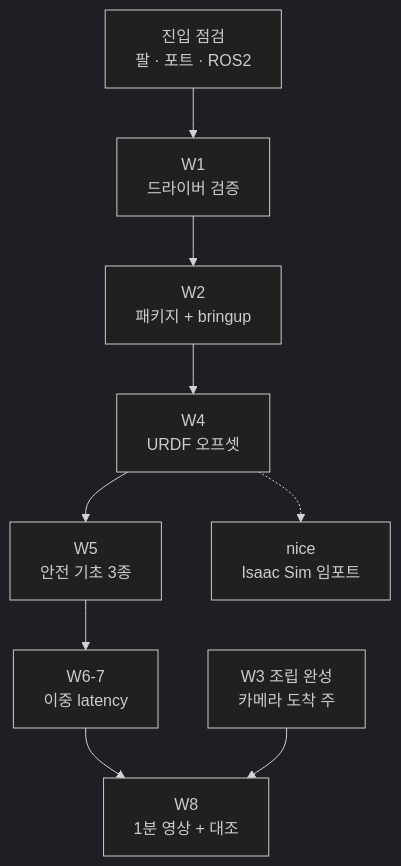
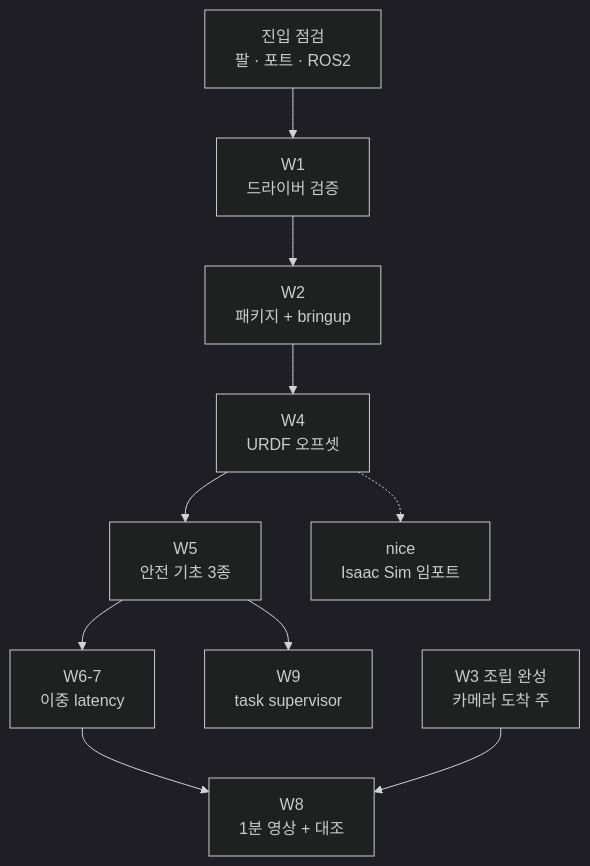
The diagram in Studies/Hardware-Arm/stage1/README.md (tylee-yeonge/physical-ai-study), drawn with Mermaid (dark theme) before and after one commit. The commit also changed other lines of this file and 10 other files, not shown here.

````diff
--- a/Studies/Hardware-Arm/stage1/README.md
+++ b/Studies/Hardware-Arm/stage1/README.md
@@ -58,11 +61,12 @@
 ```mermaid
 flowchart TD
     P["진입 점검<br/>팔 · 포트 · ROS2"] --> W1["W1<br/>드라이버 검증"]
     W1 --> W2["W2<br/>패키지 + bringup"]
     W2 --> W4["W4<br/>URDF 오프셋"]
     W4 --> W5["W5<br/>안전 기초 3종"]
     W5 --> W67["W6-7<br/>이중 latency"]
     W67 --> W8["W8<br/>1분 영상 + 대조"]
+    W5 --> W9["W9<br/>task supervisor"]
     W3["W3 조립 완성<br/>카메라 도착 주"] --> W8
     W4 -.-> N["nice<br/>Isaac Sim 임포트"]
 ```
````
